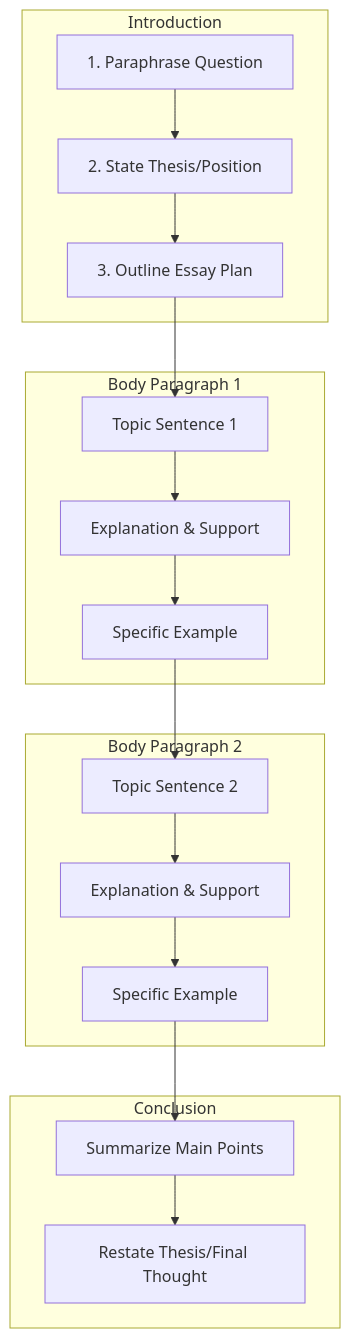
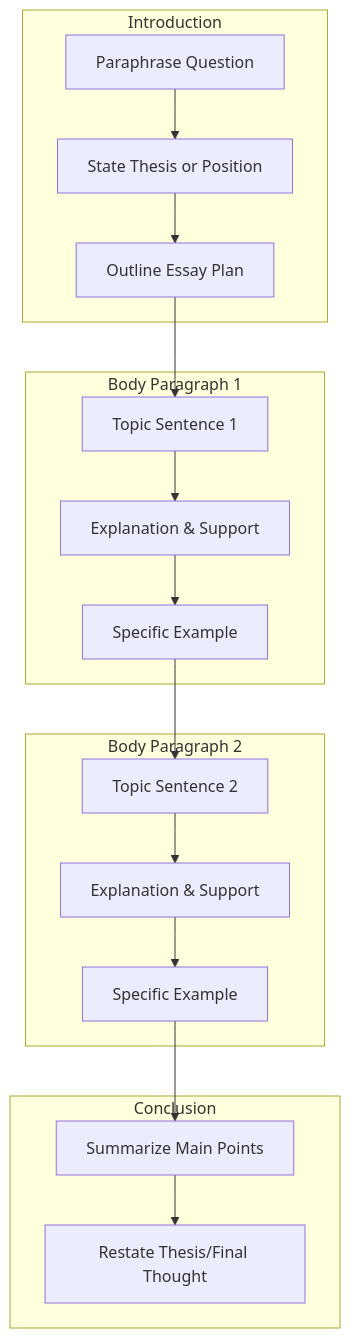
The diagram in writing/task2/procedure.md (Jest-Test-Team/Ielts), drawn with Mermaid before and after one commit. The commit also changed other lines of this file, not shown here.

````diff
--- a/writing/task2/procedure.md
+++ b/writing/task2/procedure.md
@@ -5,22 +6,22 @@
 ```mermaid
 graph TD
-    subgraph Introduction
-        A1["1. Paraphrase Question"] --> A2["2. State Thesis/Position"] --> A3["3. Outline Essay Plan"]
+    subgraph "Introduction"
+        A1["Paraphrase Question"] --> A2["State Thesis or Position"] --> A3["Outline Essay Plan"]
     end
 
     subgraph "Body Paragraph 1"
         B1["Topic Sentence 1"] --> B2["Explanation & Support"] --> B3["Specific Example"]
     end
 
     subgraph "Body Paragraph 2"
         C1["Topic Sentence 2"] --> C2["Explanation & Support"] --> C3["Specific Example"]
     end
 
     subgraph Conclusion
         D1["Summarize Main Points"] --> D2["Restate Thesis/Final Thought"]
     end
 
     A3 --> B1
     B3 --> C1
     C3 --> D1
 ```
````
